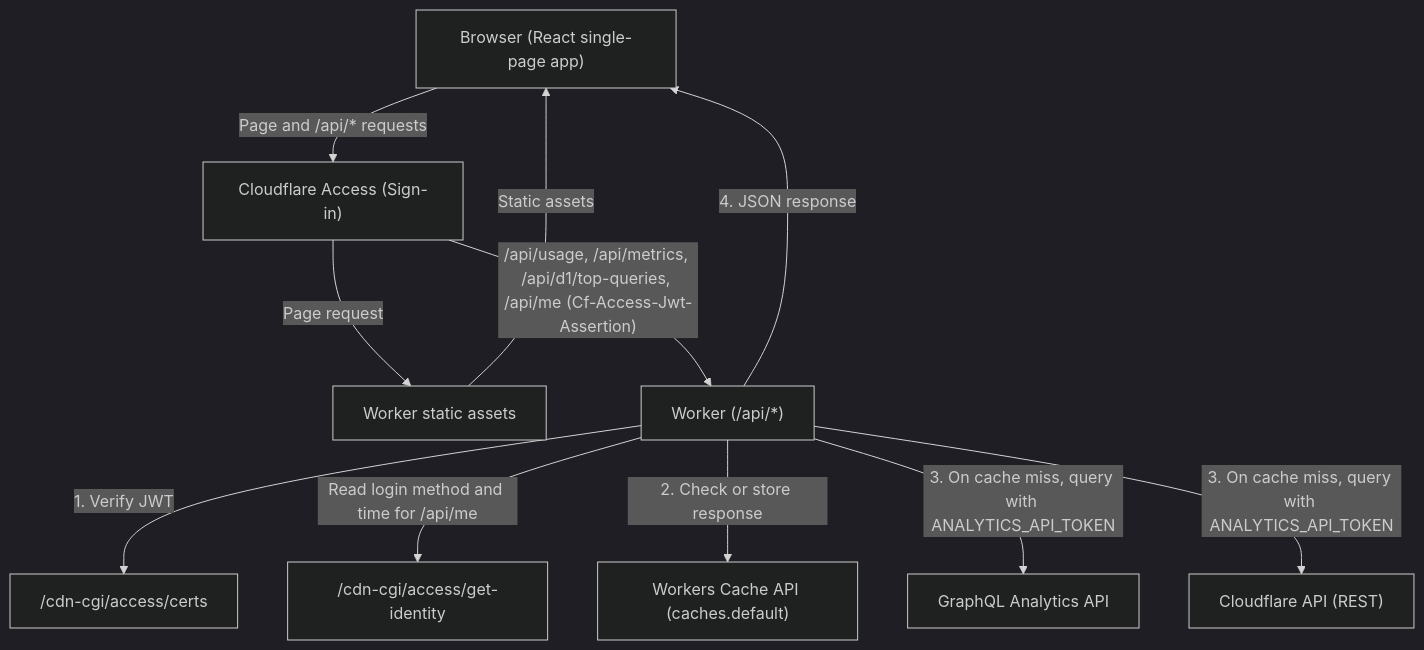
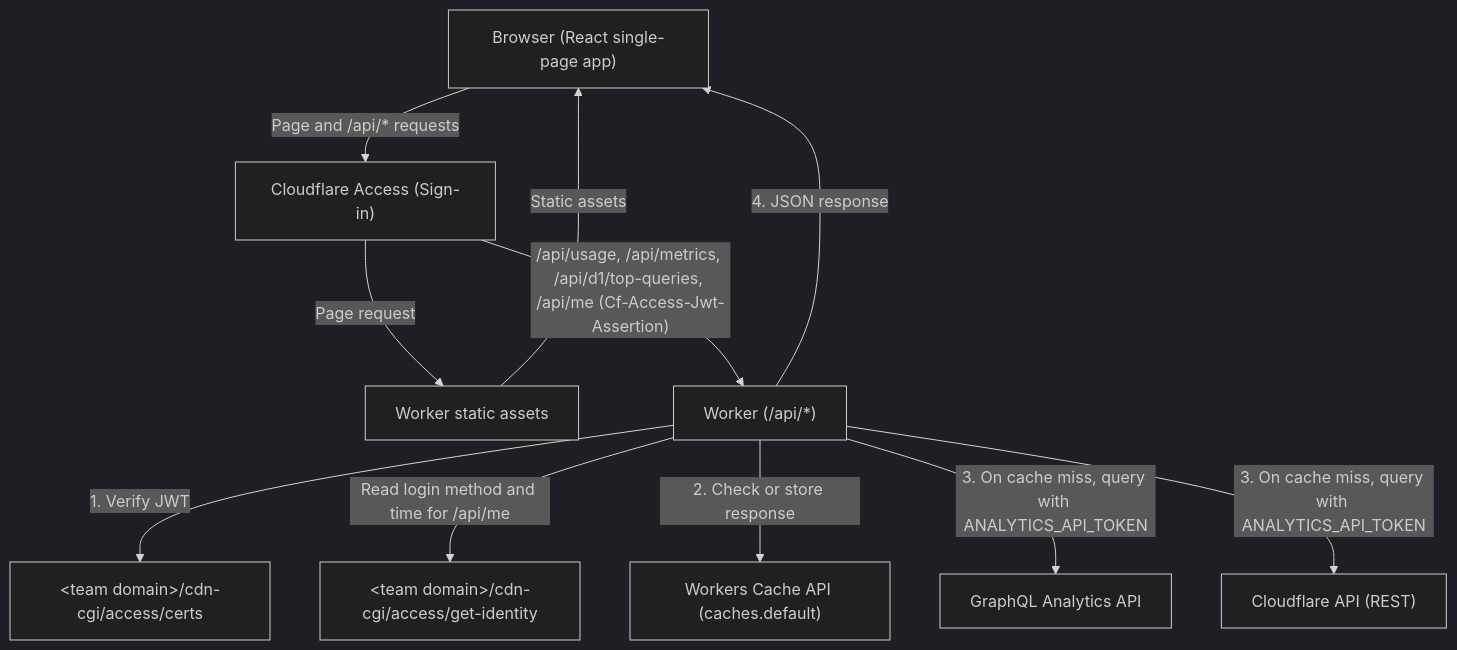
Before and after one commit to etak64n/polaris: the first of 2 diagrams in README.md, drawn with Mermaid (dark theme). The commit also changed other lines of this file, not shown here.

Commit message:
Keep the angle brackets of the README diagrams

````diff
--- a/README.md
+++ b/README.md
@@ -45,13 +45,13 @@
 ```mermaid
 flowchart TD
   Browser["Browser (React single-page app)"] -->|"Page and /api/* requests"| Access["Cloudflare Access (Sign-in)"]
   Access -->|"Page request"| Assets["Worker static assets"]
   Assets -->|"Static assets"| Browser
   Access -->|"/api/usage, /api/metrics, /api/d1/top-queries, /api/me (Cf-Access-Jwt-Assertion)"| Worker["Worker (/api/*)"]
-  Worker -->|"1. Verify JWT"| Certs["<team domain>/cdn-cgi/access/certs"]
-  Worker -->|"Read login method and time for /api/me"| Identity["<team domain>/cdn-cgi/access/get-identity"]
+  Worker -->|"1. Verify JWT"| Certs["#60;team domain#62;/cdn-cgi/access/certs"]
+  Worker -->|"Read login method and time for /api/me"| Identity["#60;team domain#62;/cdn-cgi/access/get-identity"]
   Worker -->|"2. Check or store response"| Cache["Workers Cache API (caches.default)"]
   Worker -->|"3. On cache miss, query with ANALYTICS_API_TOKEN"| GraphQL["GraphQL Analytics API"]
   Worker -->|"3. On cache miss, query with ANALYTICS_API_TOKEN"| RestApi["Cloudflare API (REST)"]
   Worker -->|"4. JSON response"| Browser
 ```
````
